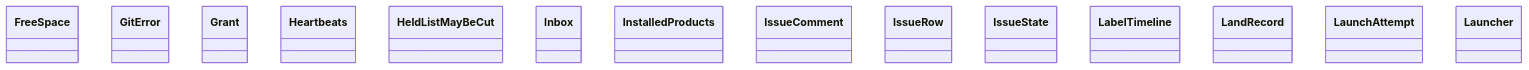
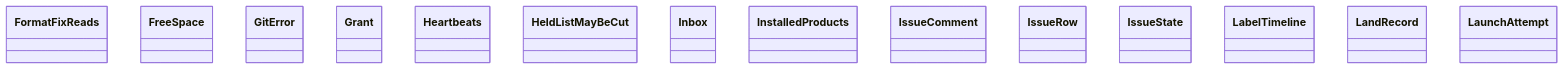
One commit to GonzaloZevallos/agentic-system changed the diagram in docs/architecture/generated/classes-process-application-support-3.md. Above: the diagram before and after it, drawn with Mermaid. The commit also changed other lines of this file and 20 other files, not shown here.

First line of the commit message:
Add the FormatFixReads port with its git ancestry and gh adapters

````diff
--- a/docs/architecture/generated/classes-process-application-support-3.md
+++ b/docs/architecture/generated/classes-process-application-support-3.md
@@ -20,17 +20,17 @@
 ```mermaid
 classDiagram
+    class ports__FormatFixReads["FormatFixReads"]
     class ports__FreeSpace["FreeSpace"]
     class ports__GitError["GitError"]
     class ports__Grant["Grant"]
     class ports__Heartbeats["Heartbeats"]
     class ports__HeldListMayBeCut["HeldListMayBeCut"]
     class ports__Inbox["Inbox"]
     class ports__InstalledProducts["InstalledProducts"]
     class ports__IssueComment["IssueComment"]
     class ports__IssueRow["IssueRow"]
     class ports__IssueState["IssueState"]
     class ports__LabelTimeline["LabelTimeline"]
     class ports__LandRecord["LandRecord"]
     class ports__LaunchAttempt["LaunchAttempt"]
-    class ports__Launcher["Launcher"]
 ```
````
